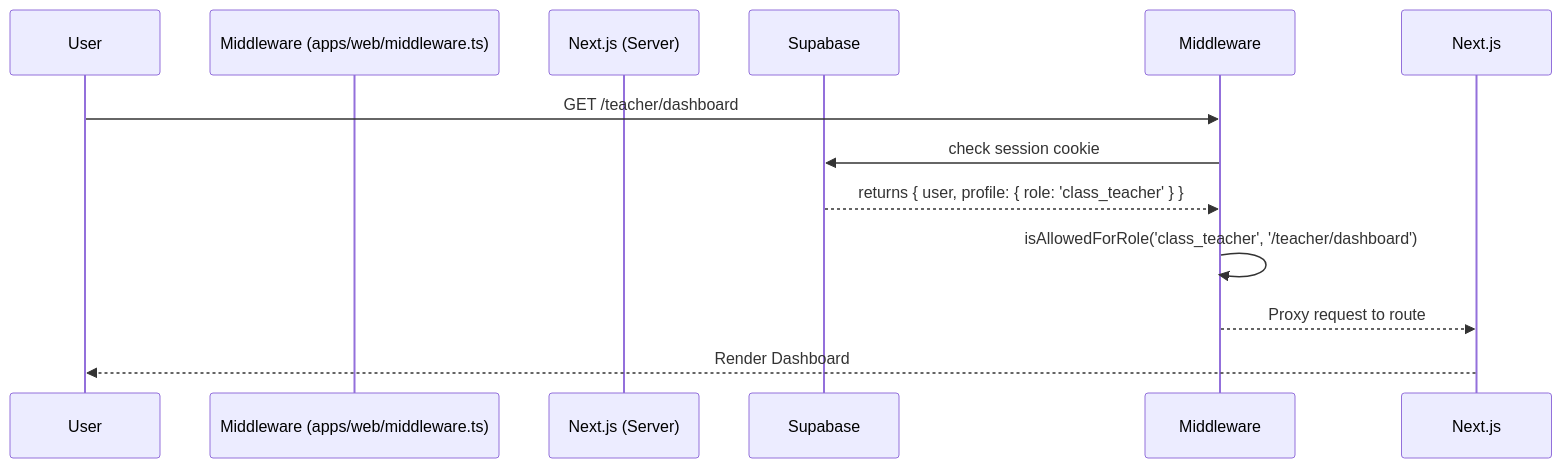
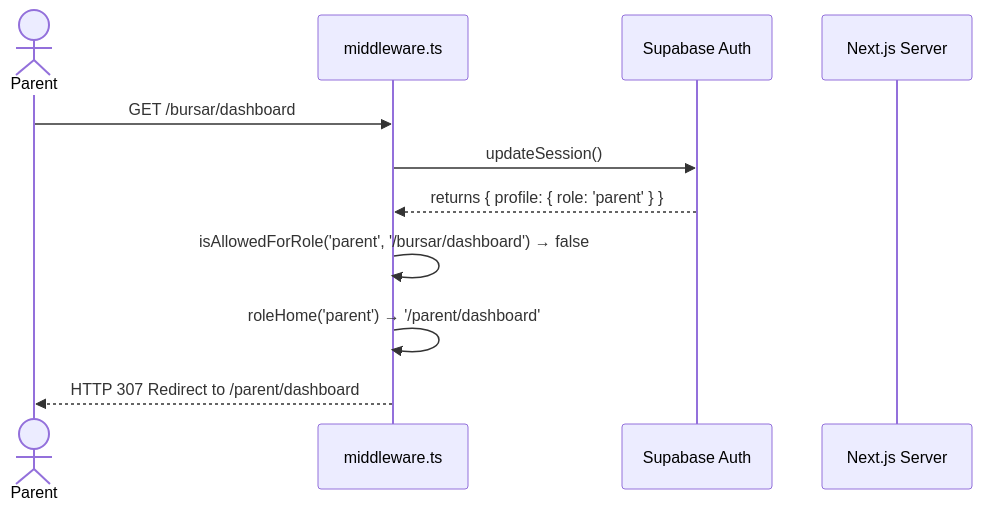
One commit to XILFANX/EduTrack changed the second of 3 diagrams in docs/internal-devsguide/01-architecture.md. Above: the diagram before and after it, drawn with Mermaid. The commit also changed other lines of this file and 21 other files, not shown here.

````diff
--- a/docs/internal-devsguide/01-architecture.md
+++ b/docs/internal-devsguide/01-architecture.md
@@ -46,14 +63,14 @@
 ```mermaid
 sequenceDiagram
-    participant User
-    participant Middleware (apps/web/middleware.ts)
-    participant Next.js (Server)
-    participant Supabase
+    actor Parent
+    participant Middle as middleware.ts
+    participant SupaAuth as Supabase Auth
+    participant Next as Next.js Server
 
-    User->>Middleware: GET /teacher/dashboard
-    Middleware->>Supabase: check session cookie
-    Supabase-->>Middleware: returns { user, profile: { role: 'class_teacher' } }
-    Middleware->>Middleware: isAllowedForRole('class_teacher', '/teacher/dashboard')
-    Middleware-->>Next.js: Proxy request to route
-    Next.js-->>User: Render Dashboard
+    Parent->>Middle: GET /bursar/dashboard
+    Middle->>SupaAuth: updateSession()
+    SupaAuth-->>Middle: returns { profile: { role: 'parent' } }
+    Middle->>Middle: isAllowedForRole('parent', '/bursar/dashboard') → false
+    Middle->>Middle: roleHome('parent') → '/parent/dashboard'
+    Middle-->>Parent: HTTP 307 Redirect to /parent/dashboard
 ```
````
